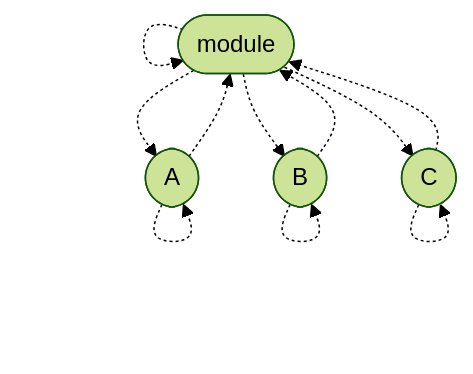
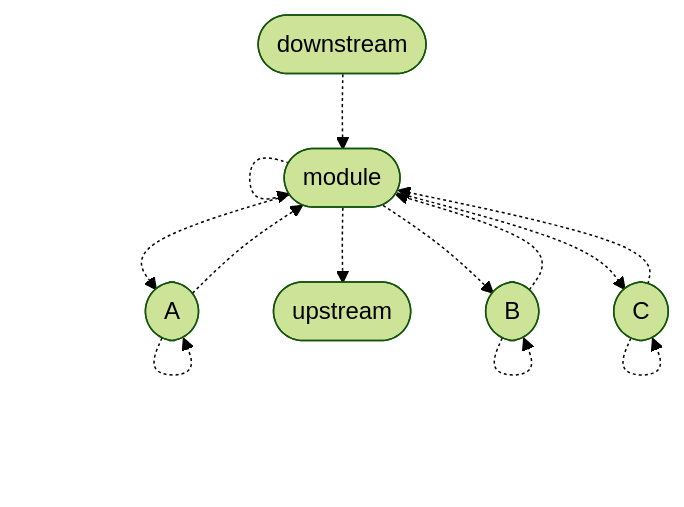
Diagram 23 of 25 in proofs/AdmissibilityGraph/README.md (stepchowfun/proofs), drawn with Mermaid (forest theme) before and after one commit. The commit also changed other lines of this file, not shown here.

Commit message:
Wordsmith the admissibility graph README

````diff
--- a/proofs/AdmissibilityGraph/README.md
+++ b/proofs/AdmissibilityGraph/README.md
@@ -463,18 +463,22 @@
 ```mermaid
 flowchart TD
   m([module])
   a([A])
   b([B])
   c([C])
+  down([downstream])
+  up([upstream])
 
   m -.-> m
   a -.-> a
   b -.-> b
   c -.-> c
   m -.-> a
   m -.-> b
   m -.-> c
   a -.-> m
   b -.-> m
   c -.-> m
+  down -.-> m
+  m -.-> up
 ```
````
